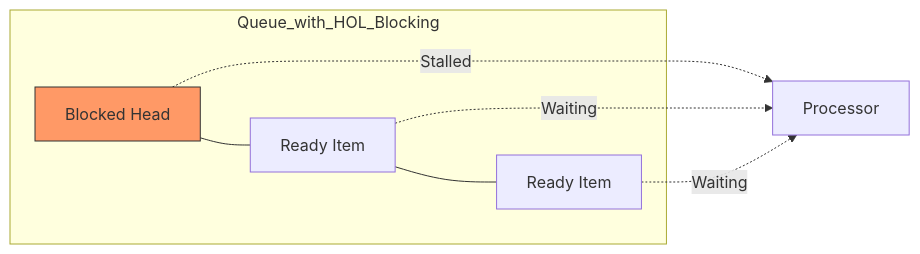
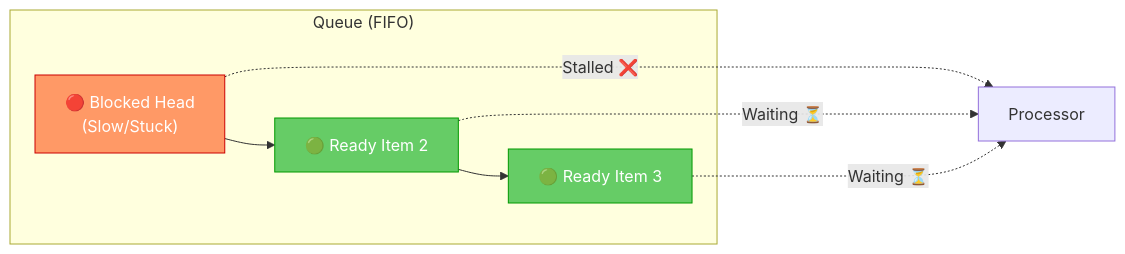
The diagram in Articles/16_Head_of_Line_Blocking.md (KiranTamboli/System_design), drawn with Mermaid before and after one commit. The commit also changed other lines of this file, not shown here.

Commit message:
Article 16: Enhance HOL Blocking with simple analogies and detailed explanations

````diff
--- a/Articles/16_Head_of_Line_Blocking.md
+++ b/Articles/16_Head_of_Line_Blocking.md
@@ -15,11 +42,13 @@
 ```mermaid
 flowchart LR
-    subgraph Queue_with_HOL_Blocking
-    H[Blocked Head] --- T1[Ready Item] --- T2[Ready Item]
+    subgraph Queue["Queue (FIFO)"]
+    H["🔴 Blocked Head\n(Slow/Stuck)"] --> T1["🟢 Ready Item 2"] --> T2["🟢 Ready Item 3"]
     end
-    H -.->|Stalled| P[Processor]
-    T1 -.->|Waiting| P
-    T2 -.->|Waiting| P
-    
-    style H fill:#f96,stroke:#333
+    H -..->|"Stalled ❌"| P["Processor"]
+    T1 -..->|"Waiting ⏳"| P
+    T2 -..->|"Waiting ⏳"| P
+
+    style H fill:#f96,stroke:#c00,color:#fff
+    style T1 fill:#6c6,stroke:#090,color:#fff
+    style T2 fill:#6c6,stroke:#090,color:#fff
 ```
````
